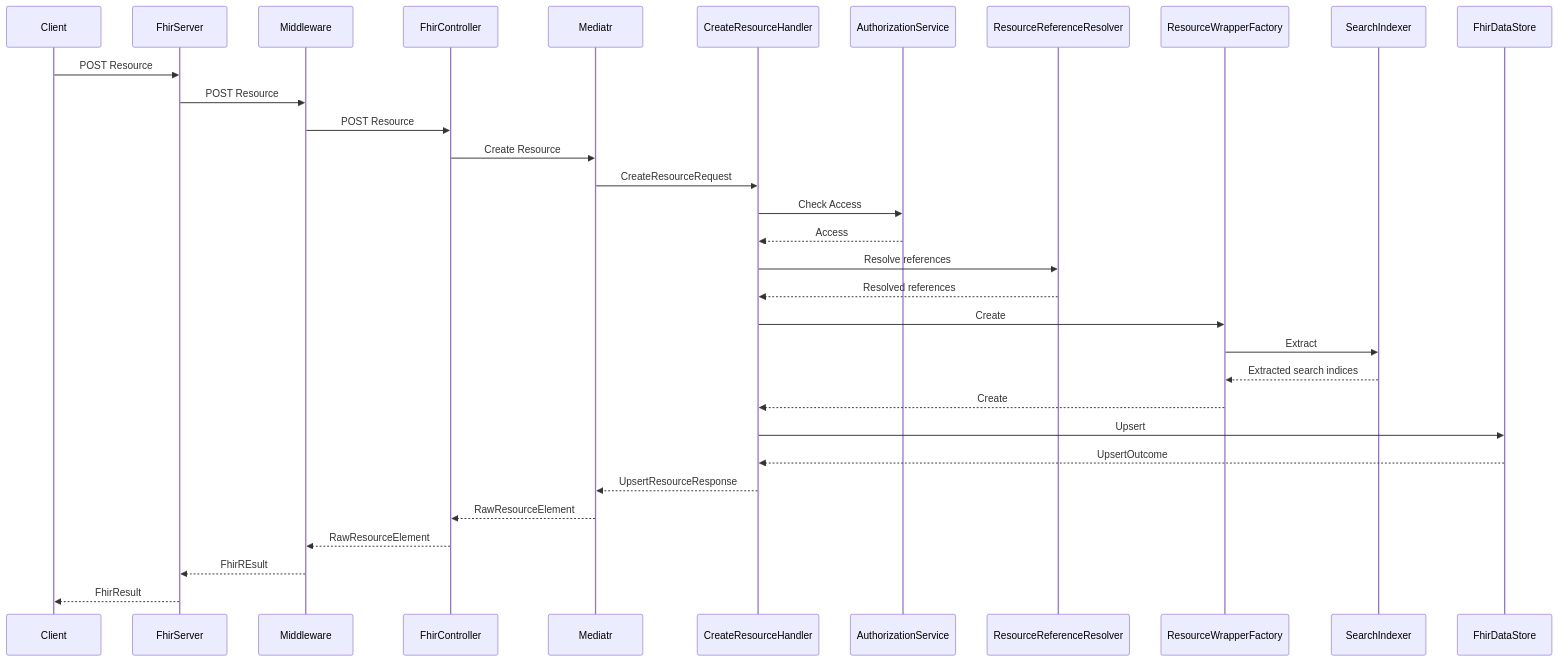
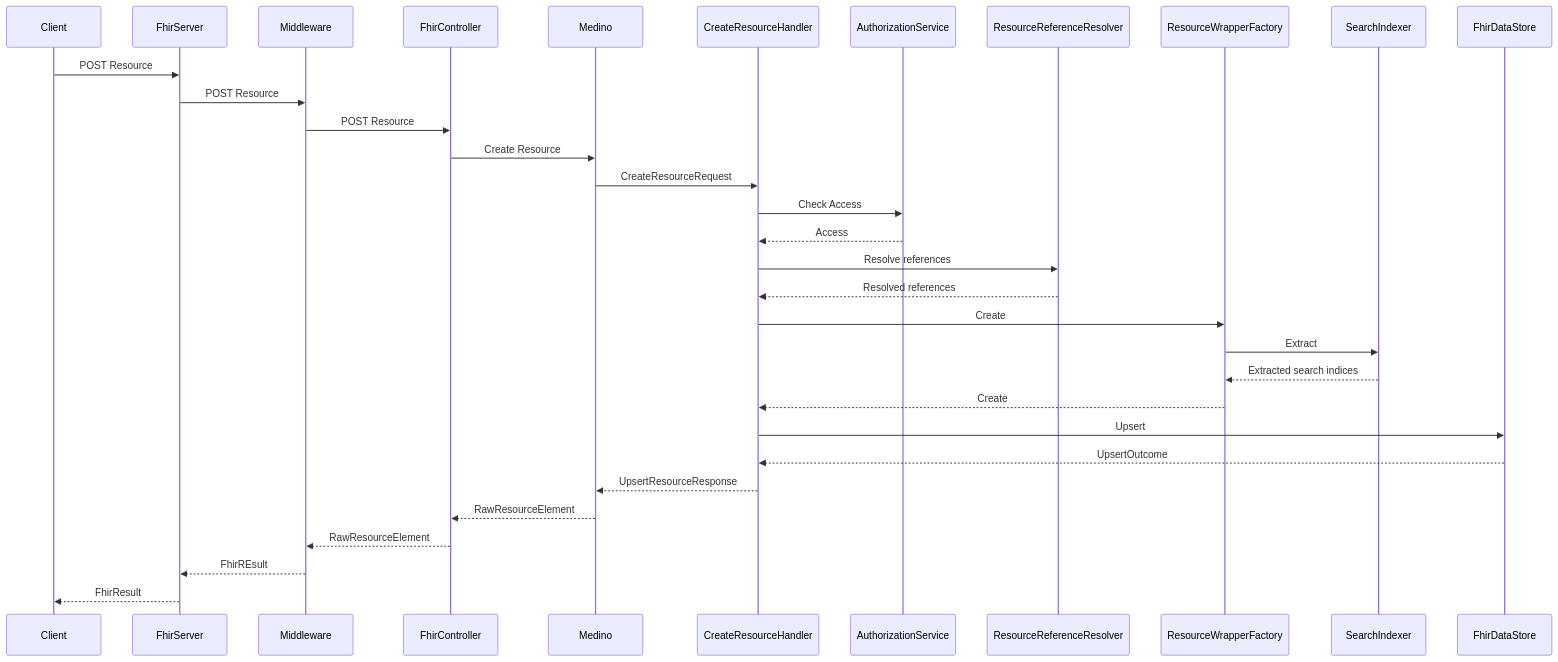
The diagram in docs/flow diagrams/create-resource.md (microsoft/fhir-server), drawn with Mermaid before and after one commit. The commit also changed 33 other files, not shown here.

````diff
--- a/docs/flow diagrams/create-resource.md
+++ b/docs/flow diagrams/create-resource.md
@@ -1,23 +1,23 @@
 ```mermaid
 sequenceDiagram
     Client->>FhirServer: POST Resource
     FhirServer->>Middleware: POST Resource
     Middleware->>FhirController: POST Resource
-    FhirController->>Mediatr: Create Resource
-    Mediatr->>CreateResourceHandler: CreateResourceRequest
+    FhirController->>Medino: Create Resource
+    Medino->>CreateResourceHandler: CreateResourceRequest
     CreateResourceHandler->>AuthorizationService: Check Access
     AuthorizationService-->>CreateResourceHandler: Access
     CreateResourceHandler->>ResourceReferenceResolver: Resolve references
     ResourceReferenceResolver-->>CreateResourceHandler: Resolved references
     CreateResourceHandler->>ResourceWrapperFactory: Create
     ResourceWrapperFactory->>SearchIndexer: Extract
     SearchIndexer-->>ResourceWrapperFactory: Extracted search indices
     ResourceWrapperFactory-->>CreateResourceHandler: Create
     CreateResourceHandler->>FhirDataStore: Upsert
     FhirDataStore-->>CreateResourceHandler: UpsertOutcome
-    CreateResourceHandler-->>Mediatr: UpsertResourceResponse
-    Mediatr-->>FhirController: RawResourceElement
+    CreateResourceHandler-->>Medino: UpsertResourceResponse
+    Medino-->>FhirController: RawResourceElement
     FhirController-->>Middleware: RawResourceElement
     Middleware-->>FhirServer: FhirREsult
     FhirServer-->>Client: FhirResult
 ```
````
